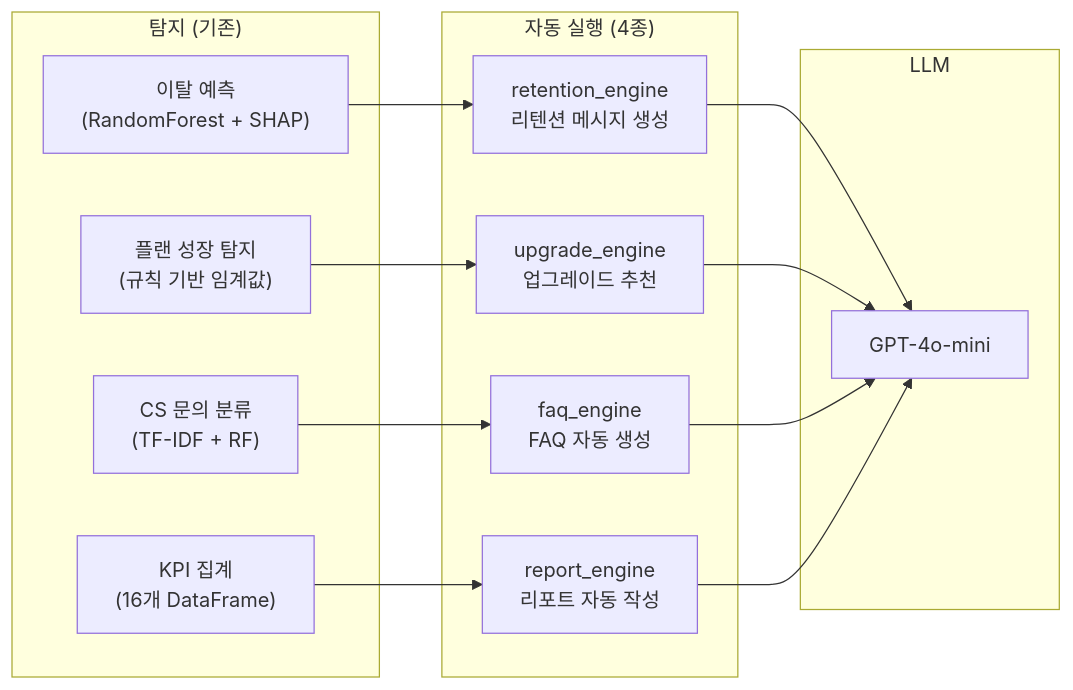
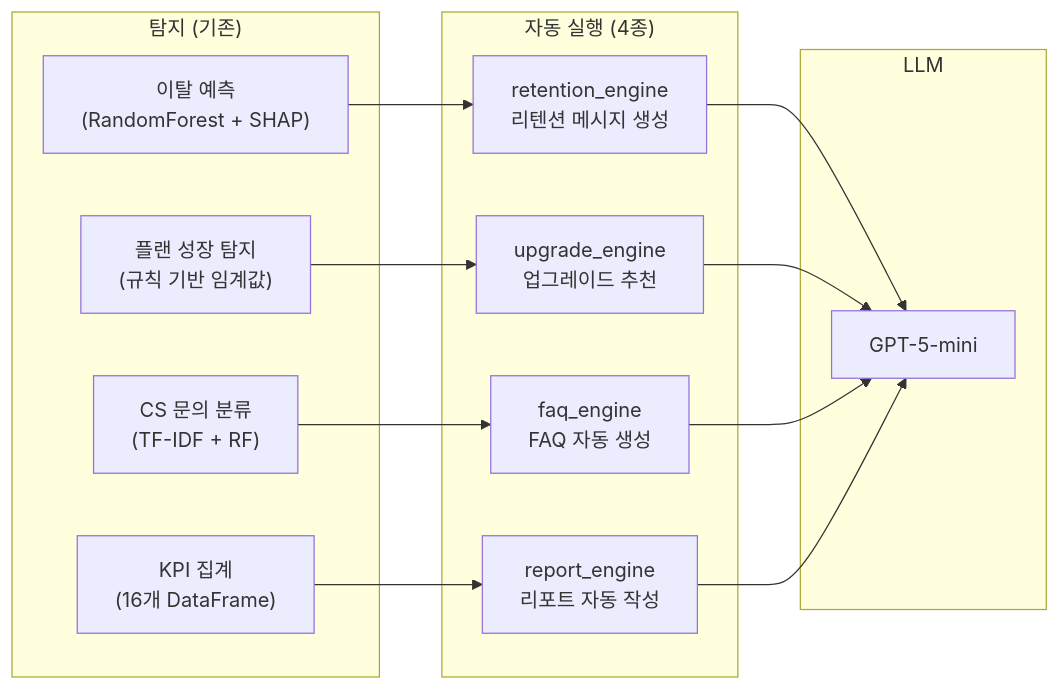
Before and after one commit to ASNGG/cafe24-demo: diagram 25 of 25 in backend 리팩토링 시작/README.md, drawn with Mermaid. The commit also changed other lines of this file and 25 other files, not shown here.

````diff
--- a/backend 리팩토링 시작/README.md
+++ b/backend 리팩토링 시작/README.md
@@ -2748,25 +2764,25 @@
 ```mermaid
 flowchart LR
     subgraph Detection["탐지 (기존)"]
         CHURN["이탈 예측<br/>(RandomForest + SHAP)"]
         PLAN["플랜 성장 탐지<br/>(규칙 기반 임계값)"]
         CS["CS 문의 분류<br/>(TF-IDF + RF)"]
         KPI["KPI 집계<br/>(16개 DataFrame)"]
     end
 
     subgraph Automation["자동 실행 (4종)"]
         RET["retention_engine<br/>리텐션 메시지 생성"]
         UPG["upgrade_engine<br/>업그레이드 추천"]
         FAQ["faq_engine<br/>FAQ 자동 생성"]
         RPT["report_engine<br/>리포트 자동 작성"]
     end
 
     subgraph LLM["LLM"]
-        GPT["GPT-4o-mini"]
+        GPT["GPT-5-mini"]
     end
 
     CHURN --> RET --> GPT
     PLAN --> UPG --> GPT
     CS --> FAQ --> GPT
     KPI --> RPT --> GPT
 ```
````
